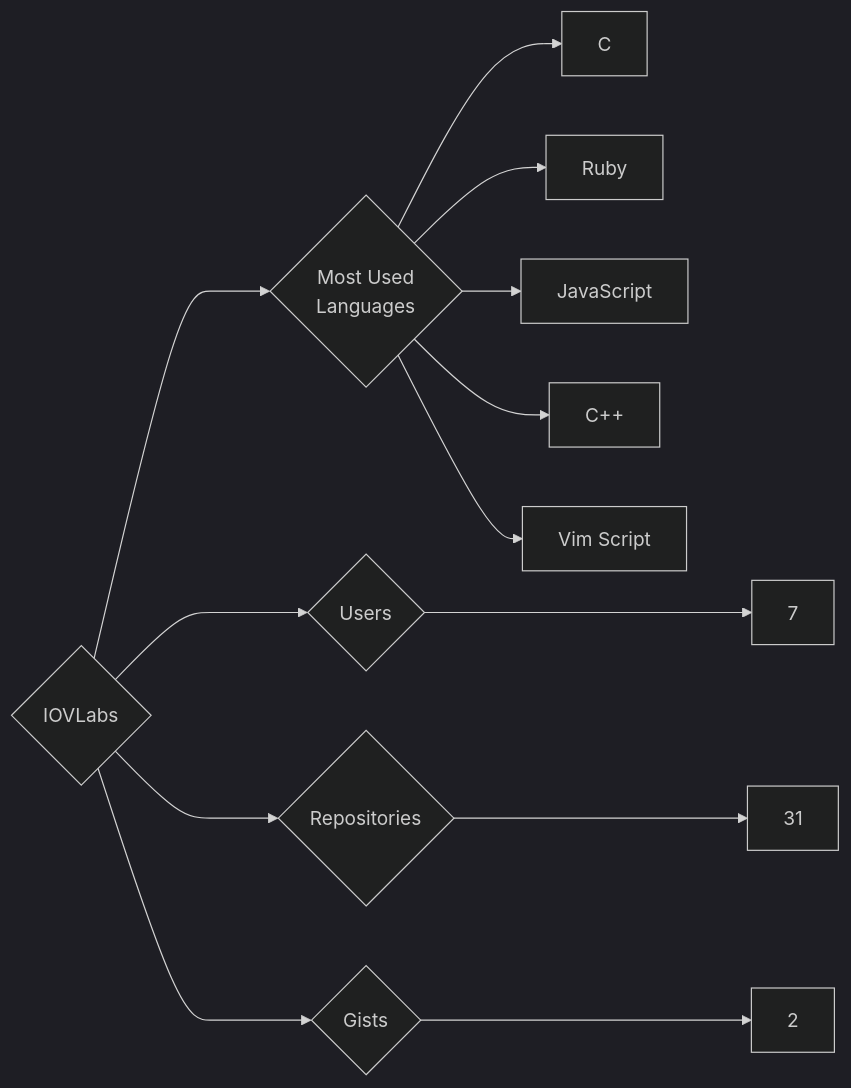
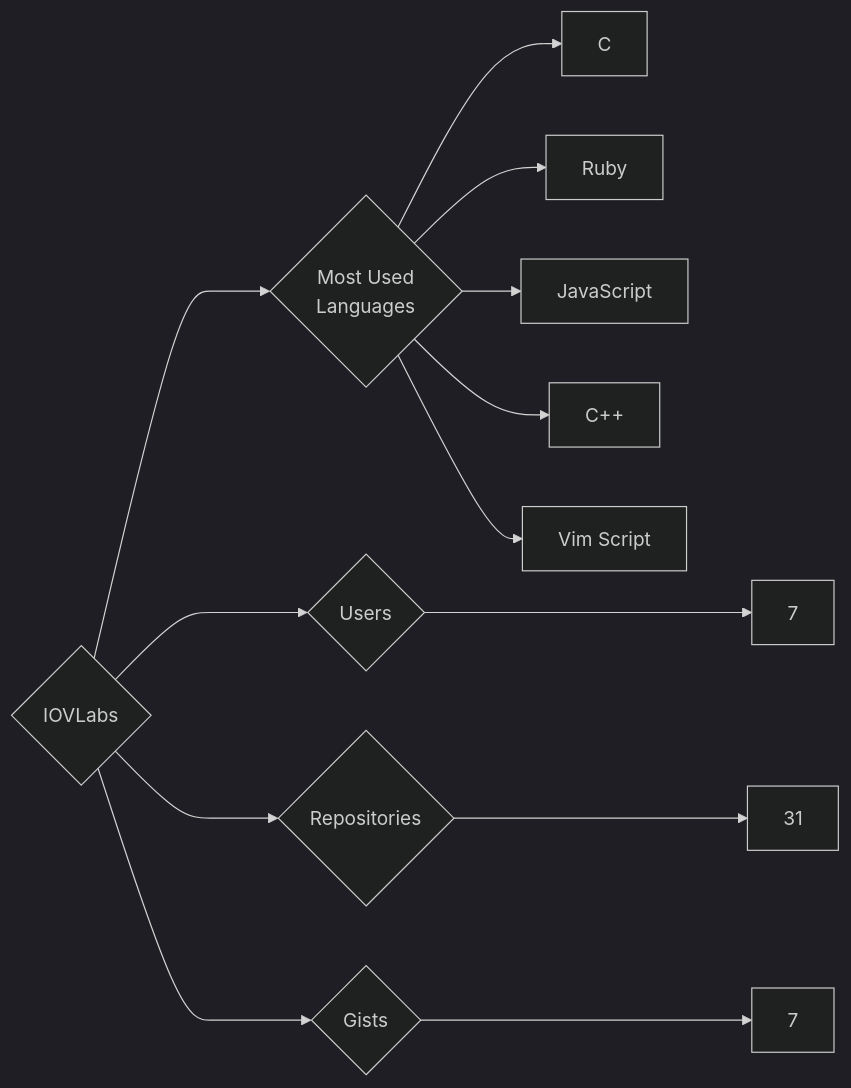
Before and after one commit to trickest/insiders: the diagram in targets/IOVLabs/README.md, drawn with Mermaid (dark theme). The commit also changed 1030 other files, not shown here.

````diff
--- a/targets/IOVLabs/README.md
+++ b/targets/IOVLabs/README.md
@@ -3,13 +3,13 @@
 ```mermaid
 graph LR
 COMPANY_NAME{IOVLabs}
 COMPANY_NAME ---> U{Users} ---> UN[7]
 COMPANY_NAME ---> R{Repositories} ---> RN[31]
-COMPANY_NAME ---> G{Gists} ---> GN[2]
+COMPANY_NAME ---> G{Gists} ---> GN[7]
 COMPANY_NAME ---> ML{Most Used<br>Languages}
 ML --> C[C]
 ML --> Ruby[Ruby]
 ML --> JavaScript[JavaScript]
 ML --> C++[C++]
 ML --> Vim_Script[Vim Script]
 ```
````
